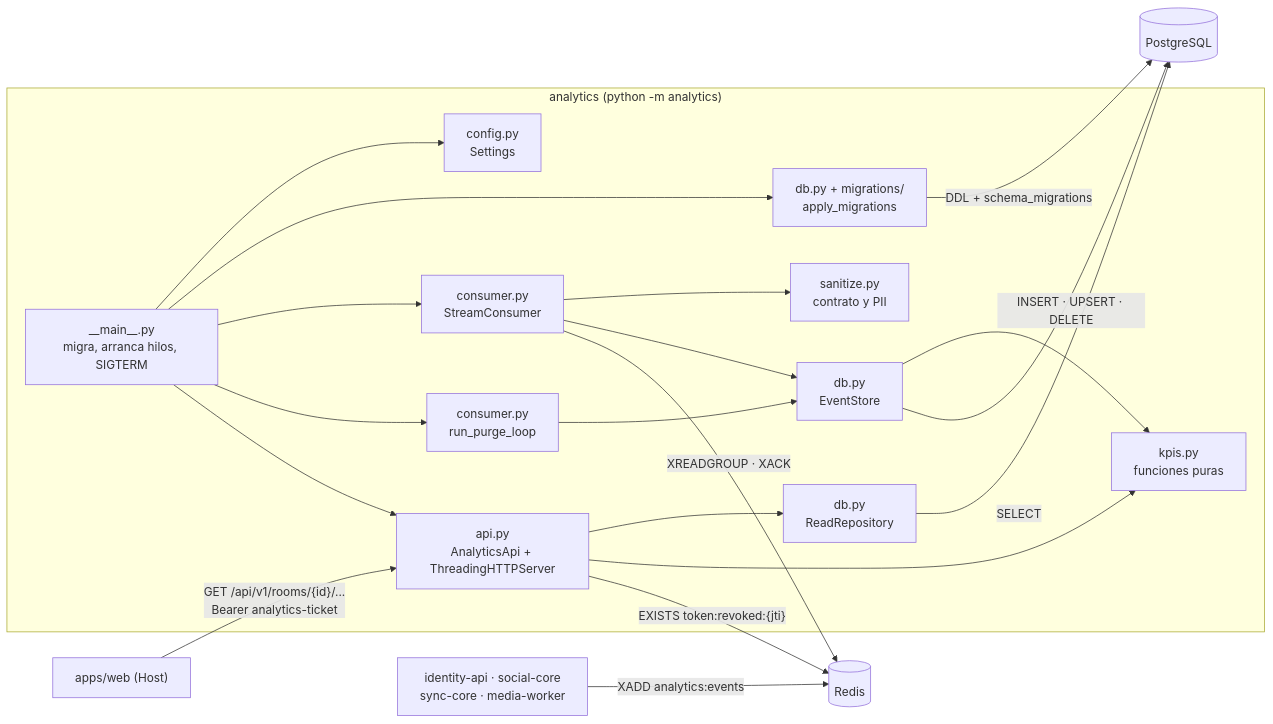
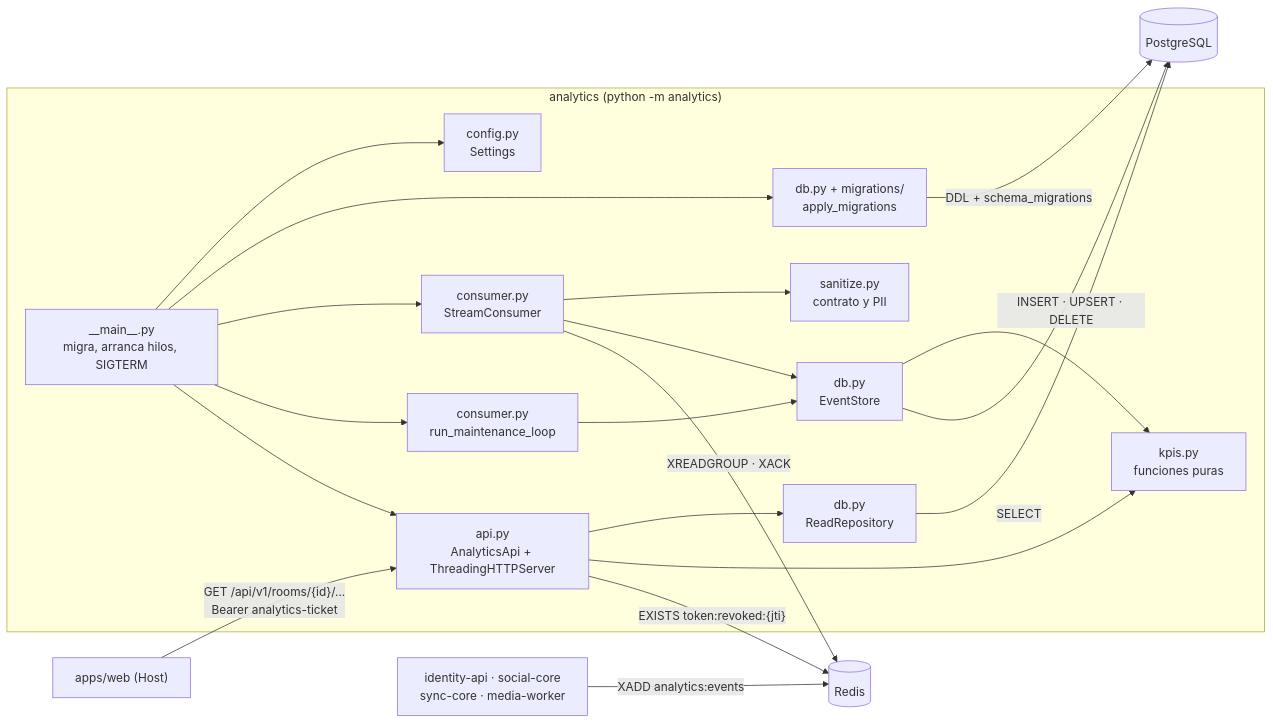
The first of 4 diagrams in services/analytics/README.md (N1ghtlyC0de/TINT), drawn with Mermaid before and after one commit. The commit also changed other lines of this file and 3 other files, not shown here.

````diff
--- a/services/analytics/README.md
+++ b/services/analytics/README.md
@@ -46,36 +49,36 @@
 ```mermaid
 flowchart LR
     PROD["identity-api · social-core<br/>sync-core · media-worker"] -- "XADD analytics:events" --> RD[("Redis")]
     WEB["apps/web (Host)"] -- "GET /api/v1/rooms/{id}/... <br/>Bearer analytics-ticket" --> API
 
     subgraph AN["analytics (python -m analytics)"]
         MAIN["__main__.py<br/>migra, arranca hilos, SIGTERM"]
         CFG["config.py<br/>Settings"]
         CONS["consumer.py<br/>StreamConsumer"]
-        PURGE["consumer.py<br/>run_purge_loop"]
+        PURGE["consumer.py<br/>run_maintenance_loop"]
         SAN["sanitize.py<br/>contrato y PII"]
         KPI["kpis.py<br/>funciones puras"]
         STORE["db.py<br/>EventStore"]
         READ["db.py<br/>ReadRepository"]
         MIG["db.py + migrations/<br/>apply_migrations"]
         API["api.py<br/>AnalyticsApi + ThreadingHTTPServer"]
     end
 
     MAIN --> CFG
     MAIN --> MIG
     MAIN --> CONS
     MAIN --> PURGE
     MAIN --> API
     CONS --> SAN
     CONS --> STORE
     PURGE --> STORE
     STORE --> KPI
     API --> READ
     API --> KPI
 
     CONS -- "XREADGROUP · XACK" --> RD
     API -- "EXISTS token:revoked:{jti}" --> RD
     STORE -- "INSERT · UPSERT · DELETE" --> PG[("PostgreSQL")]
     READ -- "SELECT" --> PG
     MIG -- "DDL + schema_migrations" --> PG
 ```
````
